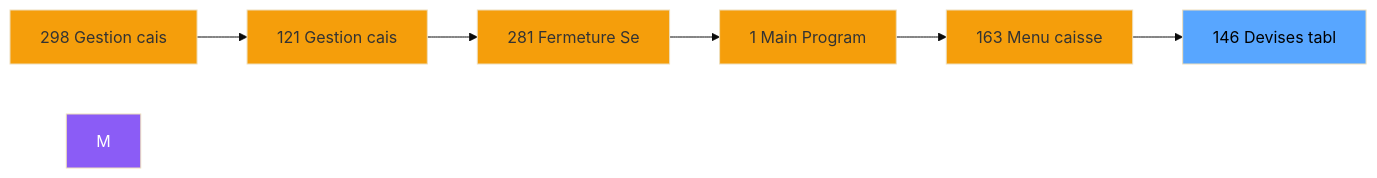
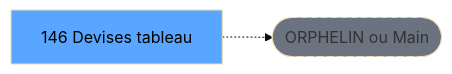
One commit to thonyAGP/lecteur-magic changed the second of 3 diagrams in .openspec/specs/ADH-IDE-146.md. Above: the diagram before and after it, drawn with Mermaid (base theme). The commit also changed other lines of this file and 701 other files, not shown here.

````diff
--- a/.openspec/specs/ADH-IDE-146.md
+++ b/.openspec/specs/ADH-IDE-146.md
@@ -107,21 +119,8 @@
 ```mermaid
 graph LR
-    N298[298 Gestion cais]
-    N121[121 Gestion cais]
-    N281[281 Fermeture Se]
-    N1[1 Main Program]
-    N163[163 Menu caisse ]
-    T[146 Devises tabl]
-    N298 --> N121
-    N121 --> N281
-    N281 --> N1
-    N1 --> N163
-    N163 --> T
-    style M fill:#8b5cf6,color:#fff
-    style N298 fill:#f59e0b
-    style N121 fill:#f59e0b
-    style N281 fill:#f59e0b
-    style N1 fill:#f59e0b
-    style N163 fill:#f59e0b
+    T[146 Devises tableau]
+    ORPHAN([ORPHELIN ou Main])
+    T -.-> ORPHAN
     style T fill:#58a6ff,color:#000
+    style ORPHAN fill:#6b7280,stroke-dasharray: 5 5
 ```
````
